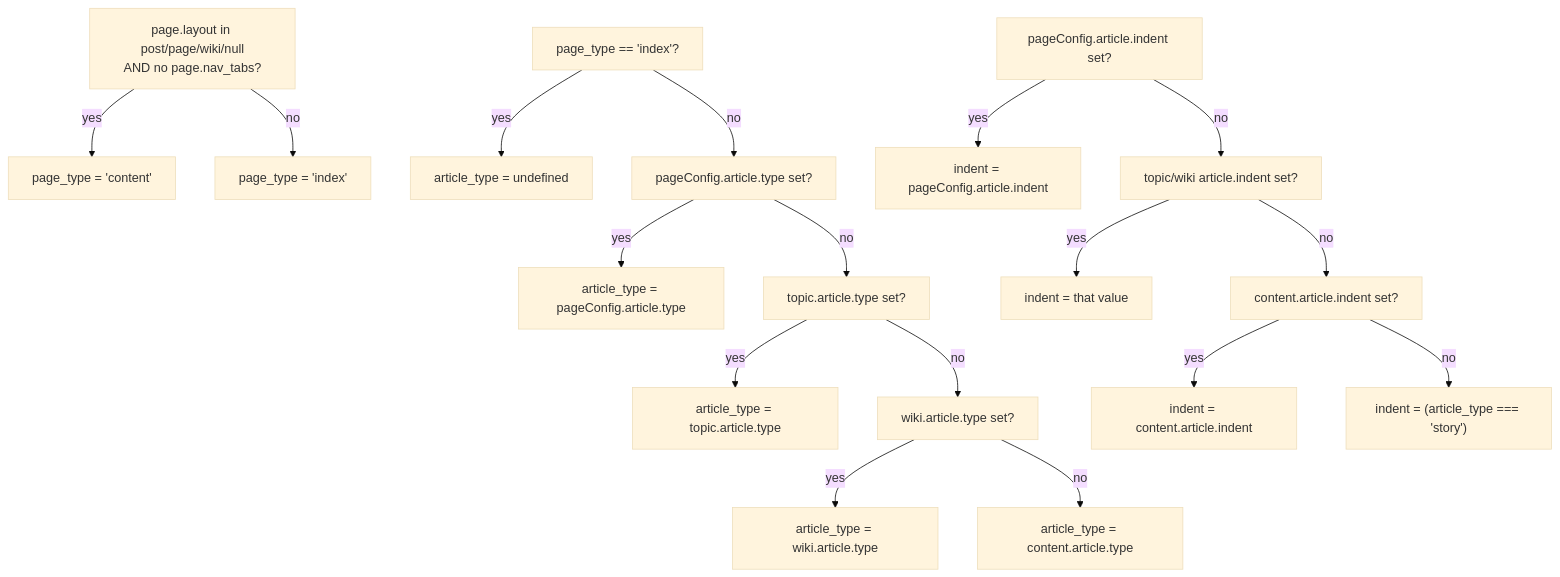
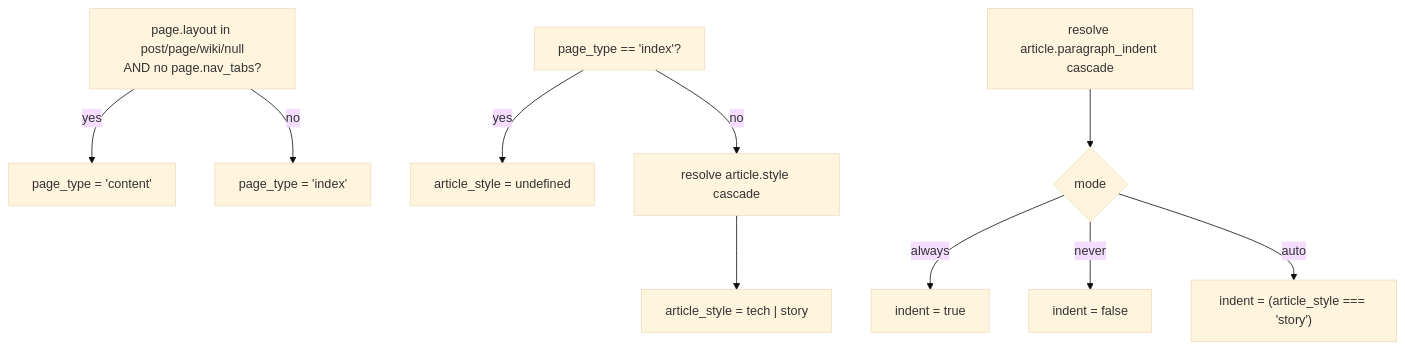
Before and after one commit to xaoxuu/hexo-theme-stellar: the second of 3 diagrams in docs/knowledge/02-布局系统/layout-overview.md, drawn with Mermaid (base theme). The commit also changed other lines of this file and 52 other files, not shown here.

````diff
--- a/docs/knowledge/02-布局系统/layout-overview.md
+++ b/docs/knowledge/02-布局系统/layout-overview.md
@@ -157,25 +155,18 @@
 ```mermaid
 flowchart TD
     A["page.layout in post/page/wiki/null
 AND no page.nav_tabs?"]
     A -->|"yes"| B["page_type = 'content'"]
     A -->|"no"| C["page_type = 'index'"]
 
     D["page_type == 'index'?"]
-    D -->|"yes"| E["article_type = undefined"]
-    D -->|"no"| F["pageConfig.article.type set?"]
-    F -->|"yes"| G["article_type = pageConfig.article.type"]
-    F -->|"no"| H["topic.article.type set?"]
-    H -->|"yes"| I["article_type = topic.article.type"]
-    H -->|"no"| J["wiki.article.type set?"]
-    J -->|"yes"| K["article_type = wiki.article.type"]
-    J -->|"no"| L["article_type = content.article.type"]
+    D -->|"yes"| E["article_style = undefined"]
+    D -->|"no"| F["resolve article.style cascade"]
+    F --> G["article_style = tech | story"]
 
-    M["pageConfig.article.indent set?"]
-    M -->|"yes"| N["indent = pageConfig.article.indent"]
-    M -->|"no"| O["topic/wiki article.indent set?"]
-    O -->|"yes"| P["indent = that value"]
-    O -->|"no"| Q["content.article.indent set?"]
-    Q -->|"yes"| R["indent = content.article.indent"]
-    Q -->|"no"| S["indent = (article_type === 'story')"]
+    M["resolve article.paragraph_indent cascade"]
+    M --> N{"mode"}
+    N -->|"always"| O["indent = true"]
+    N -->|"never"| P["indent = false"]
+    N -->|"auto"| Q["indent = (article_style === 'story')"]
 ```
````
